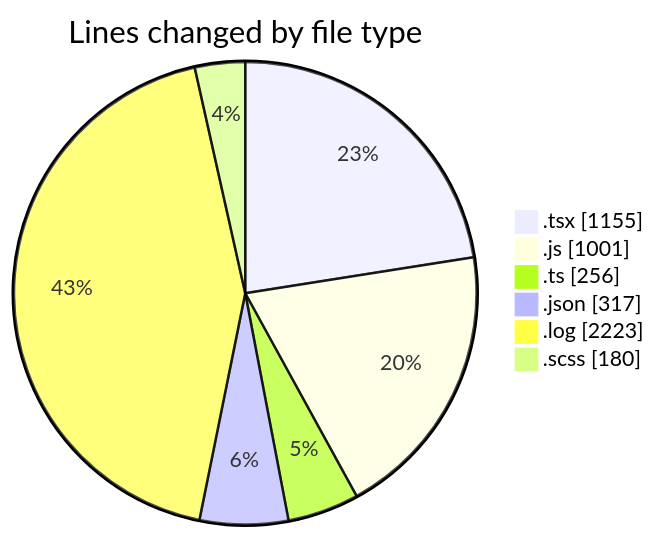
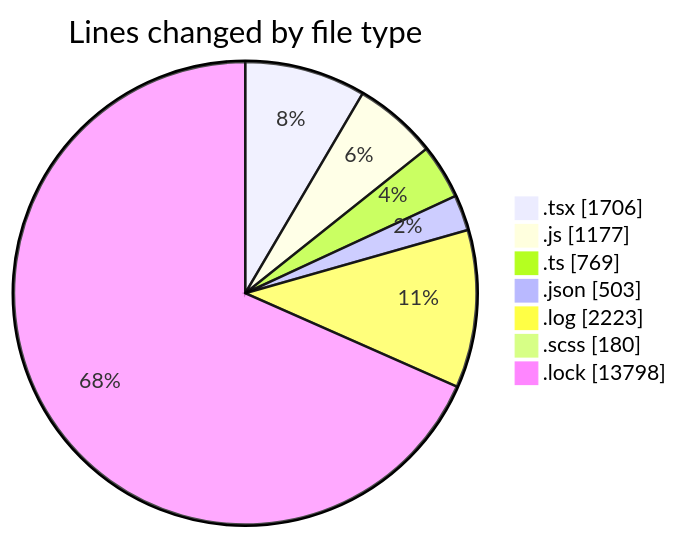
Before and after one commit to momahboobian/code-tracking: the first of 2 diagrams in 2026-04-17/cda/README.md, drawn with Mermaid. The commit also changed other lines of this file and 1 other file, not shown here.

````diff
--- a/2026-04-17/cda/README.md
+++ b/2026-04-17/cda/README.md
@@ -39,10 +45,11 @@
 ```mermaid
 pie showData
 title Lines changed by file type
-".tsx" : 1155
-".js" : 1001
-".ts" : 256
-".json" : 317
+".tsx" : 1706
+".js" : 1177
+".ts" : 769
+".json" : 503
 ".log" : 2223
 ".scss" : 180
+".lock" : 13798
 ```
````
